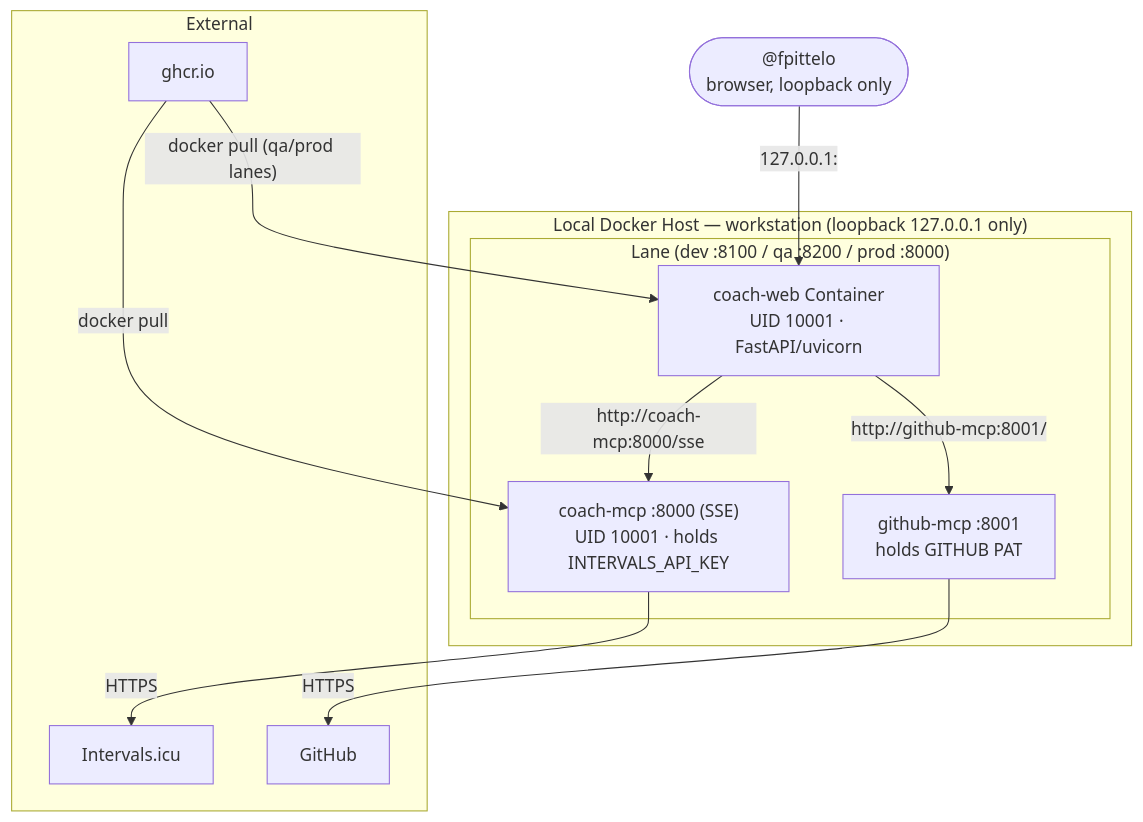
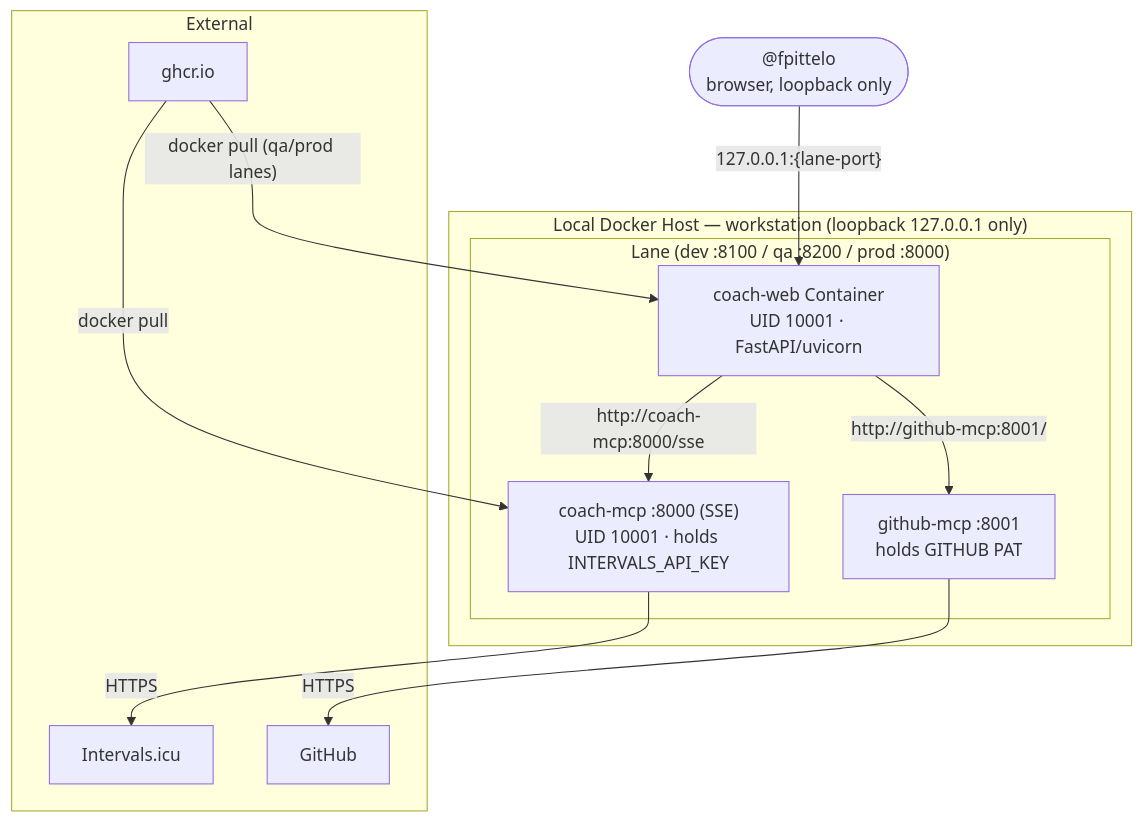
The seventh of 8 diagrams in docs/architecture.md (fpittelo/coach-web), drawn with Mermaid before and after one commit. The commit also changed other lines of this file and 3 other files, not shown here.

````diff
--- a/docs/architecture.md
+++ b/docs/architecture.md
@@ -145,24 +145,24 @@
 ```mermaid
 graph TD
     subgraph "Local Docker Host — workstation (loopback 127.0.0.1 only)"
         subgraph "Lane (dev :8100 / qa :8200 / prod :8000)"
             WEB["coach-web Container<br/>UID 10001 · FastAPI/uvicorn"]
             MCP["coach-mcp :8000 (SSE)<br/>UID 10001 · holds INTERVALS_API_KEY"]
             GHMCP["github-mcp :8001<br/>holds GITHUB PAT"]
         end
     end
 
     subgraph "External"
         GHCR["ghcr.io"]
         INTERVALS["Intervals.icu"]
         GITHUB["GitHub"]
     end
 
-    OWNER(["@fpittelo<br/>browser, loopback only"]) -->|"127.0.0.1:<lane-port>"| WEB
+    OWNER(["@fpittelo<br/>browser, loopback only"]) -->|"127.0.0.1:{lane-port}"| WEB
     WEB -->|"http://coach-mcp:8000/sse"| MCP
     WEB -->|"http://github-mcp:8001/"| GHMCP
     MCP -->|"HTTPS"| INTERVALS
     GHMCP -->|"HTTPS"| GITHUB
     GHCR -->|"docker pull (qa/prod lanes)"| WEB
     GHCR -->|"docker pull"| MCP
 ```
````
